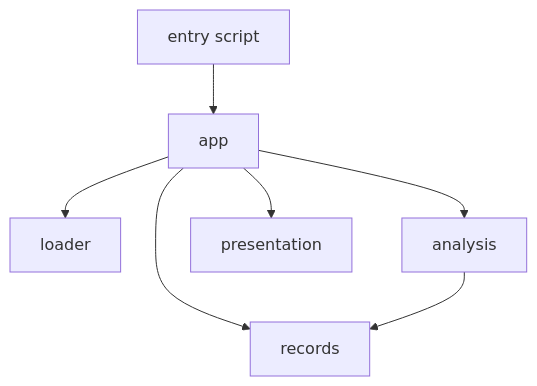
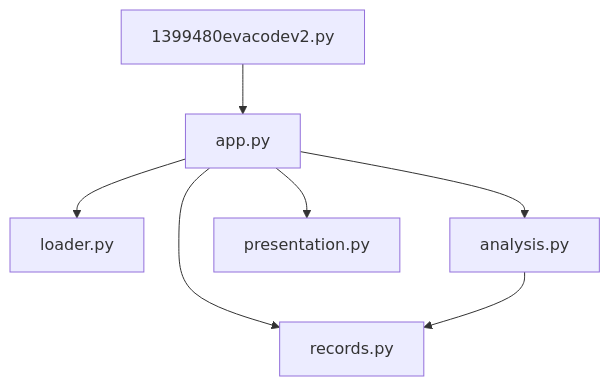
The diagram in docs/architecture.md (Patrickwalsh33/EvaDataExercise), drawn with Mermaid before and after one commit. The commit also changed other lines of this file and 6 other files, not shown here.

````diff
--- a/docs/architecture.md
+++ b/docs/architecture.md
@@ -37,9 +37,9 @@
 ```mermaid
 graph TD
-    entry["entry script"] --> app
-    app --> loader
-    app --> records
-    app --> analysis
-    app --> presentation
+    entry["1399480evacodev2.py"] --> app["app.py"]
+    app --> loader["loader.py"]
+    app --> records["records.py"]
+    app --> analysis["analysis.py"]
+    app --> presentation["presentation.py"]
     analysis --> records
 ```
````
